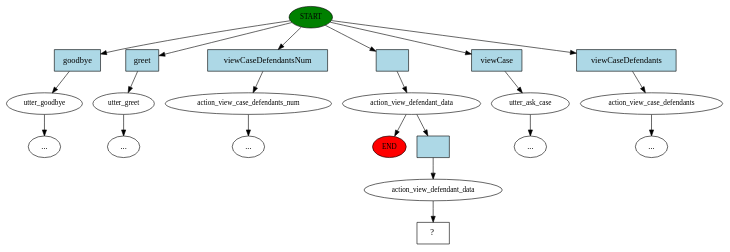
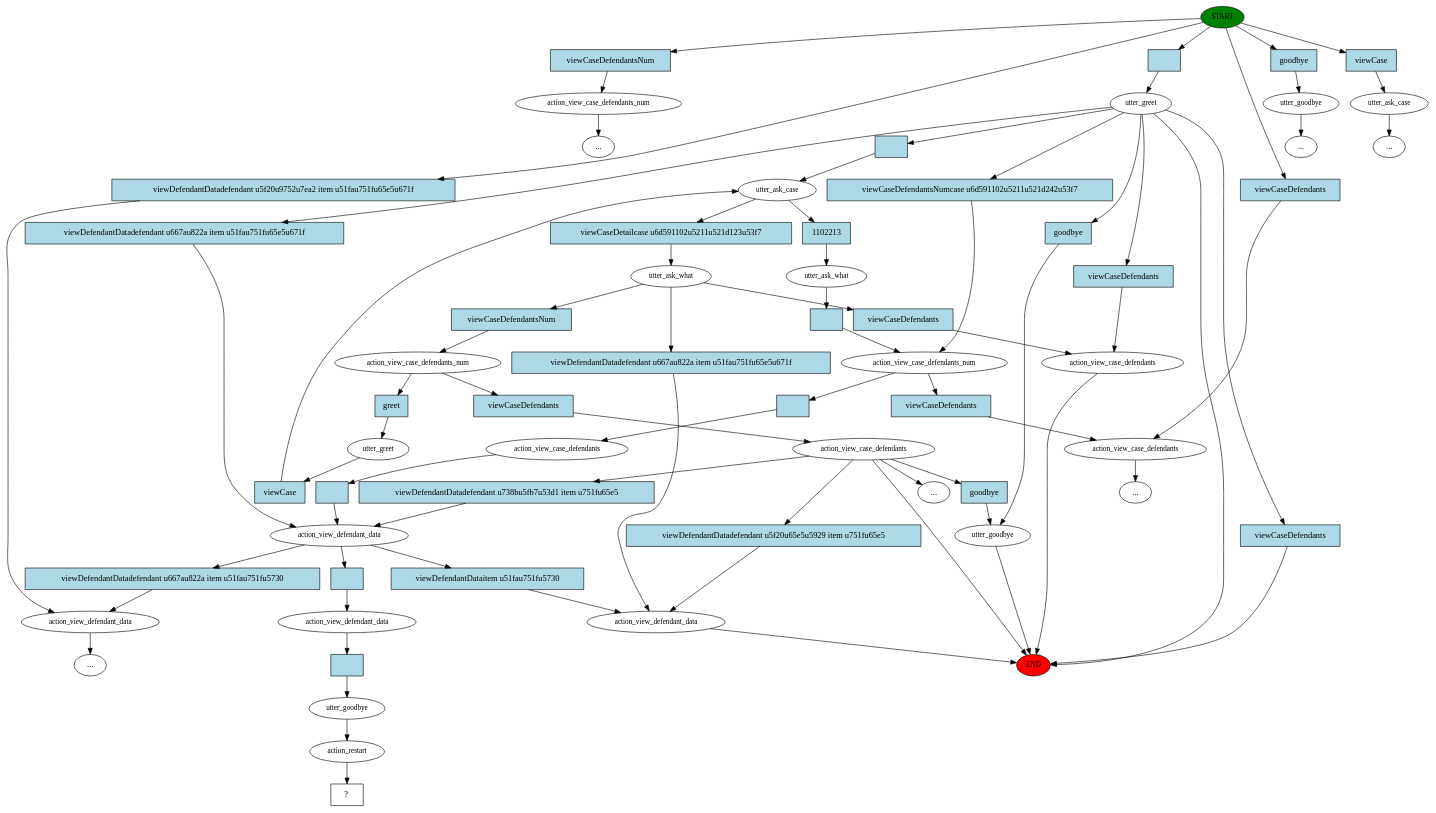
The diagram in story_graph.dot (bing-zhub/RasaChatBot), drawn with Graphviz before and after one commit. The commit also changed 35 other files, not shown here.

```diff
--- a/story_graph.dot
+++ b/story_graph.dot
@@ -1,45 +1,138 @@
 digraph  {
 0 [class="start active", fillcolor=green, fontsize=12, label=START, style=filled];
 "-1" [class=end, fillcolor=red, fontsize=12, label=END, style=filled];
-1 [class="", fontsize=12, label=utter_goodbye];
+1 [class="", fontsize=12, label=action_view_case_defendants_num];
 "-3" [class=ellipsis, label="..."];
-2 [class="", fontsize=12, label=utter_greet];
-4 [class="", fontsize=12, label=action_view_case_defendants_num];
+2 [class="", fontsize=12, label=action_view_defendant_data];
+3 [class=active, fontsize=12, label=utter_greet];
+4 [class=active, fontsize=12, label=utter_ask_case];
+5 [class="", fontsize=12, label=utter_ask_what];
+6 [class="", fontsize=12, label=action_view_case_defendants_num];
+7 [class="", fontsize=12, label=action_view_case_defendants];
+8 [class="", fontsize=12, label=action_view_defendant_data];
+12 [class="", fontsize=12, label=action_view_case_defendants];
+14 [class="", fontsize=12, label=utter_goodbye];
+24 [class="", fontsize=12, label=utter_greet];
+"-5" [class=ellipsis, label="..."];
+29 [class="", fontsize=12, label=utter_goodbye];
 "-6" [class=ellipsis, label="..."];
-10 [class=active, fontsize=12, label=action_view_defendant_data];
-"-18" [class=ellipsis, label="..."];
-18 [class="", fontsize=12, label=utter_ask_case];
-"-19" [class=ellipsis, label="..."];
-19 [class="", fontsize=12, label=action_view_case_defendants];
-"-20" [class=ellipsis, label="..."];
-21 [class=active, fontsize=12, label=action_view_defendant_data];
-22 [class="intent dashed active", label="  ?  ", shape=rect];
-23 [class=intent, fillcolor=lightblue, label=goodbye, shape=rect, style=filled];
-24 [class=intent, fillcolor=lightblue, label=greet, shape=rect, style=filled];
-25 [class=intent, fillcolor=lightblue, label=viewCaseDefendantsNum, shape=rect, style=filled];
-26 [class="intent active", fillcolor=lightblue, label="", shape=rect, style=filled];
-27 [class=intent, fillcolor=lightblue, label=viewCase, shape=rect, style=filled];
-28 [class=intent, fillcolor=lightblue, label=viewCaseDefendants, shape=rect, style=filled];
-29 [class="intent active", fillcolor=lightblue, label="", shape=rect, style=filled];
-0 -> 23  [class="", key=0];
-0 -> 24  [class="", key=0];
-0 -> 25  [class="", key=0];
-0 -> 26  [class=active, key=0];
-0 -> 27  [class="", key=0];
-0 -> 28  [class="", key=0];
+31 [class=active, fontsize=12, label=action_view_case_defendants_num];
+32 [class="", fontsize=12, label=action_view_case_defendants];
+"-8" [class=ellipsis, label="..."];
+41 [class="", fontsize=12, label=utter_ask_case];
+"-9" [class=ellipsis, label="..."];
+44 [class=active, fontsize=12, label=action_view_defendant_data];
+"-12" [class=ellipsis, label="..."];
+65 [class=active, fontsize=12, label=utter_ask_what];
+67 [class=active, fontsize=12, label=action_view_case_defendants];
+69 [class=active, fontsize=12, label=action_view_defendant_data];
+70 [class=active, fontsize=12, label=utter_goodbye];
+71 [class=active, fontsize=12, label=action_restart];
+72 [class="intent dashed active", label="  ?  ", shape=rect];
+73 [class=intent, fillcolor=lightblue, label=viewCaseDefendantsNum, shape=rect, style=filled];
+74 [class=intent, fillcolor=lightblue, label="viewDefendantDatadefendant u5f20u9752u7ea2 item u51fau751fu65e5u671f", shape=rect, style=filled];
+75 [class="intent active", fillcolor=lightblue, label="", shape=rect, style=filled];
+76 [class=intent, fillcolor=lightblue, label=goodbye, shape=rect, style=filled];
+77 [class=intent, fillcolor=lightblue, label=viewCase, shape=rect, style=filled];
+78 [class=intent, fillcolor=lightblue, label=viewCaseDefendants, shape=rect, style=filled];
+79 [class="intent active", fillcolor=lightblue, label="", shape=rect, style=filled];
+80 [class=intent, fillcolor=lightblue, label=goodbye, shape=rect, style=filled];
+81 [class=intent, fillcolor=lightblue, label="viewCaseDefendantsNumcase u6d591102u5211u521d242u53f7", shape=rect, style=filled];
+82 [class=intent, fillcolor=lightblue, label=viewCaseDefendants, shape=rect, style=filled];
+83 [class=intent, fillcolor=lightblue, label="viewDefendantDatadefendant u667au822a item u51fau751fu65e5u671f", shape=rect, style=filled];
+84 [class=intent, fillcolor=lightblue, label=viewCaseDefendants, shape=rect, style=filled];
+85 [class=intent, fillcolor=lightblue, label="viewCaseDetailcase u6d591102u5211u521d123u53f7", shape=rect, style=filled];
+86 [class="intent active", fillcolor=lightblue, label=1102213, shape=rect, style=filled];
+87 [class=intent, fillcolor=lightblue, label=viewCaseDefendantsNum, shape=rect, style=filled];
+88 [class=intent, fillcolor=lightblue, label=viewCaseDefendants, shape=rect, style=filled];
+89 [class=intent, fillcolor=lightblue, label="viewDefendantDatadefendant u667au822a item u51fau751fu65e5u671f", shape=rect, style=filled];
+90 [class=intent, fillcolor=lightblue, label=viewCaseDefendants, shape=rect, style=filled];
+91 [class=intent, fillcolor=lightblue, label=greet, shape=rect, style=filled];
+92 [class=intent, fillcolor=lightblue, label="viewDefendantDatadefendant u5f20u65e5u5929 item u751fu65e5", shape=rect, style=filled];
+93 [class=intent, fillcolor=lightblue, label=goodbye, shape=rect, style=filled];
+94 [class=intent, fillcolor=lightblue, label="viewDefendantDatadefendant u738bu5fb7u53d1 item u751fu65e5", shape=rect, style=filled];
+95 [class=intent, fillcolor=lightblue, label=viewCase, shape=rect, style=filled];
+96 [class=intent, fillcolor=lightblue, label=viewCaseDefendants, shape=rect, style=filled];
+97 [class="intent active", fillcolor=lightblue, label="", shape=rect, style=filled];
+98 [class=intent, fillcolor=lightblue, label="viewDefendantDatadefendant u667au822a item u51fau751fu5730", shape=rect, style=filled];
+99 [class=intent, fillcolor=lightblue, label="viewDefendantDataitem u51fau751fu5730", shape=rect, style=filled];
+100 [class="intent active", fillcolor=lightblue, label="", shape=rect, style=filled];
+101 [class="intent active", fillcolor=lightblue, label="", shape=rect, style=filled];
+102 [class="intent active", fillcolor=lightblue, label="", shape=rect, style=filled];
+103 [class="intent active", fillcolor=lightblue, label="", shape=rect, style=filled];
+0 -> 73  [class="", key=0];
+0 -> 74  [class="", key=0];
+0 -> 75  [class=active, key=0];
+0 -> 76  [class="", key=0];
+0 -> 77  [class="", key=0];
+0 -> 78  [class="", key=0];
 1 -> "-3"  [class="", key=NONE, label=""];
-2 -> "-18"  [class="", key=NONE, label=""];
-4 -> "-6"  [class="", key=NONE, label=""];
-10 -> "-1"  [class="", key=NONE, label=""];
-10 -> 29  [class=active, key=0];
-18 -> "-19"  [class="", key=NONE, label=""];
-19 -> "-20"  [class="", key=NONE, label=""];
-21 -> 22  [class=active, key=NONE, label=""];
-23 -> 1  [class="", key=0];
-24 -> 2  [class="", key=0];
-25 -> 4  [class="", key=0];
-26 -> 10  [class=active, key=0];
-27 -> 18  [class="", key=0];
-28 -> 19  [class="", key=0];
-29 -> 21  [class=active, key=0];
+2 -> "-12"  [class="", key=NONE, label=""];
+3 -> "-1"  [class="", key=NONE, label=""];
+3 -> 79  [class=active, key=0];
+3 -> 80  [class="", key=0];
+3 -> 81  [class="", key=0];
+3 -> 82  [class="", key=0];
+3 -> 83  [class="", key=0];
+3 -> 84  [class="", key=0];
+4 -> 85  [class="", key=0];
+4 -> 86  [class=active, key=0];
+5 -> 87  [class="", key=0];
+5 -> 88  [class="", key=0];
+5 -> 89  [class="", key=0];
+6 -> 90  [class="", key=0];
+6 -> 91  [class="", key=0];
+7 -> "-1"  [class="", key=NONE, label=""];
+7 -> "-5"  [class="", key=NONE, label=""];
+7 -> 92  [class="", key=0];
+7 -> 93  [class="", key=0];
+7 -> 94  [class="", key=0];
+8 -> "-1"  [class="", key=NONE, label=""];
+12 -> "-1"  [class="", key=NONE, label=""];
+14 -> "-1"  [class="", key=NONE, label=""];
+24 -> 95  [class="", key=0];
+29 -> "-6"  [class="", key=NONE, label=""];
+31 -> 96  [class="", key=0];
+31 -> 97  [class=active, key=0];
+32 -> "-8"  [class="", key=NONE, label=""];
+41 -> "-9"  [class="", key=NONE, label=""];
+44 -> 98  [class="", key=0];
+44 -> 99  [class="", key=0];
+44 -> 100  [class=active, key=0];
+65 -> 101  [class=active, key=0];
+67 -> 102  [class=active, key=0];
+69 -> 103  [class=active, key=0];
+70 -> 71  [class=active, key=NONE, label=""];
+71 -> 72  [class=active, key=NONE, label=""];
+73 -> 1  [class="", key=0];
+74 -> 2  [class="", key=0];
+75 -> 3  [class=active, key=0];
+76 -> 29  [class="", key=0];
+77 -> 41  [class="", key=0];
+78 -> 32  [class="", key=0];
+79 -> 4  [class=active, key=0];
+80 -> 14  [class="", key=0];
+81 -> 31  [class="", key=0];
+82 -> "-1"  [class="", key=0];
+83 -> 44  [class="", key=0];
+84 -> 12  [class="", key=0];
+85 -> 5  [class="", key=0];
+86 -> 65  [class=active, key=0];
+87 -> 6  [class="", key=0];
+88 -> 12  [class="", key=0];
+89 -> 8  [class="", key=0];
+90 -> 7  [class="", key=0];
+91 -> 24  [class="", key=0];
+92 -> 8  [class="", key=0];
+93 -> 14  [class="", key=0];
+94 -> 44  [class="", key=0];
+95 -> 4  [class="", key=0];
+96 -> 32  [class="", key=0];
+97 -> 67  [class=active, key=0];
+98 -> 2  [class="", key=0];
+99 -> 8  [class="", key=0];
+100 -> 69  [class=active, key=0];
+101 -> 31  [class=active, key=0];
+102 -> 44  [class=active, key=0];
+103 -> 70  [class=active, key=0];
 }
```
